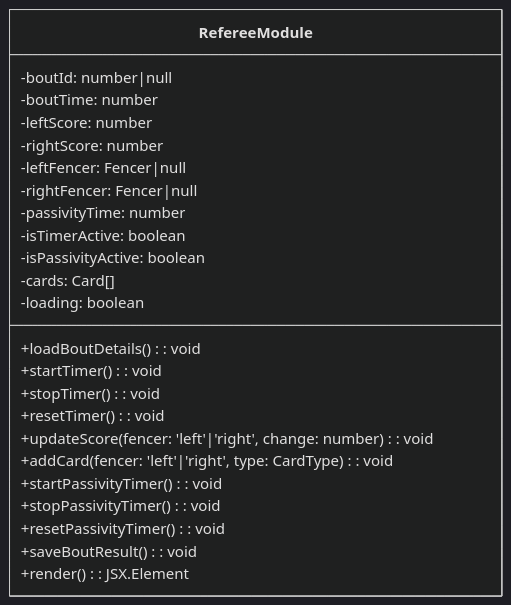
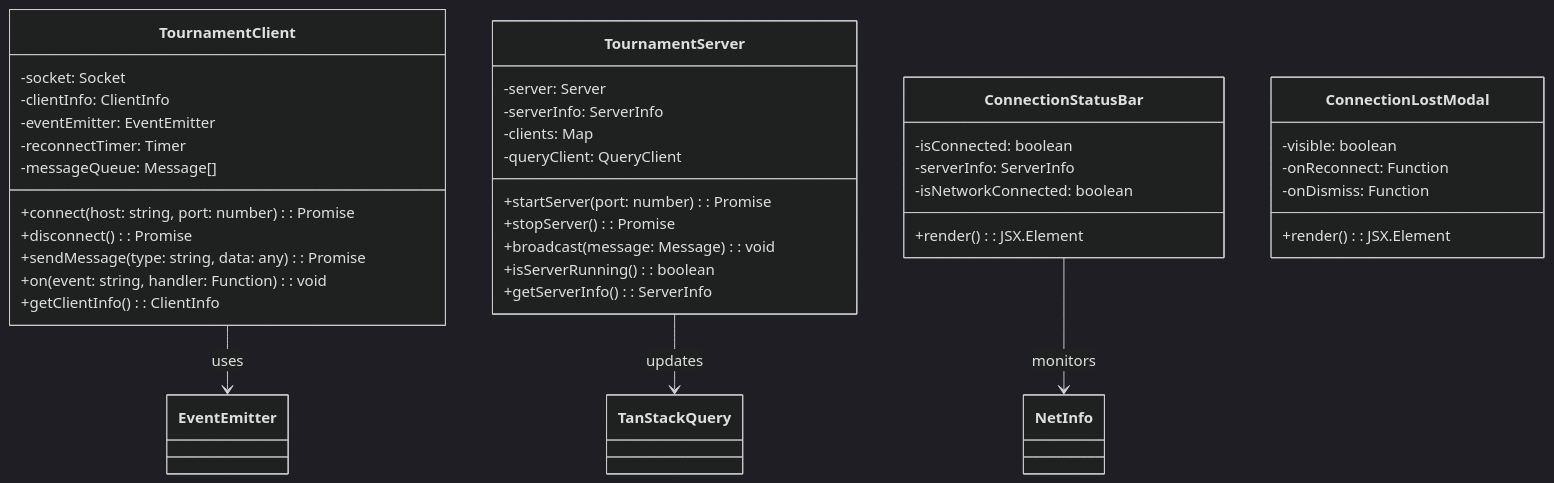
Diagram 34 of 38 in docs/Spring Quarter Deliverables/SDD.md (FencingSeniorDesign/client), drawn with Mermaid (dark theme) before and after one commit. The commit also changed other lines of this file, not shown here.

````diff
--- a/docs/Spring Quarter Deliverables/SDD.md
+++ b/docs/Spring Quarter Deliverables/SDD.md
@@ -1594,27 +1593,45 @@
 ```mermaid
 classDiagram
-    class RefereeModule {
-        -boutId: number|null
-        -boutTime: number
-        -leftScore: number
-        -rightScore: number
-        -leftFencer: Fencer|null
-        -rightFencer: Fencer|null
-        -passivityTime: number
-        -isTimerActive: boolean
-        -isPassivityActive: boolean
-        -cards: Card[]
-        -loading: boolean
-        +loadBoutDetails(): void
-        +startTimer(): void
-        +stopTimer(): void
-        +resetTimer(): void
-        +updateScore(fencer: 'left'|'right', change: number): void
-        +addCard(fencer: 'left'|'right', type: CardType): void
-        +startPassivityTimer(): void
-        +stopPassivityTimer(): void
-        +resetPassivityTimer(): void
-        +saveBoutResult(): void
+    class TournamentClient {
+        -socket: Socket
+        -clientInfo: ClientInfo
+        -eventEmitter: EventEmitter
+        -reconnectTimer: Timer
+        -messageQueue: Message[]
+        +connect(host: string, port: number): Promise
+        +disconnect(): Promise
+        +sendMessage(type: string, data: any): Promise
+        +on(event: string, handler: Function): void
+        +getClientInfo(): ClientInfo
+    }
+
+    class TournamentServer {
+        -server: Server
+        -serverInfo: ServerInfo
+        -clients: Map<string, ClientSocket>
+        -queryClient: QueryClient
+        +startServer(port: number): Promise
+        +stopServer(): Promise
+        +broadcast(message: Message): void
+        +isServerRunning(): boolean
+        +getServerInfo(): ServerInfo
+    }
+
+    class ConnectionStatusBar {
+        -isConnected: boolean
+        -serverInfo: ServerInfo
+        -isNetworkConnected: boolean
         +render(): JSX.Element
     }
+
+    class ConnectionLostModal {
+        -visible: boolean
+        -onReconnect: Function
+        -onDismiss: Function
+        +render(): JSX.Element
+    }
+
+    TournamentClient --> EventEmitter: uses
+    TournamentServer --> TanStackQuery: updates
+    ConnectionStatusBar --> NetInfo: monitors
 ```
````
